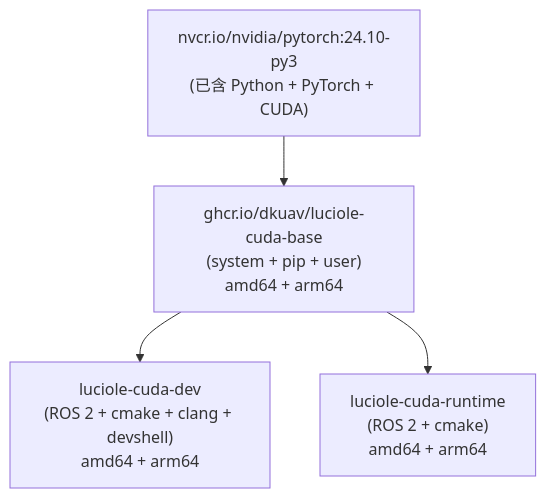
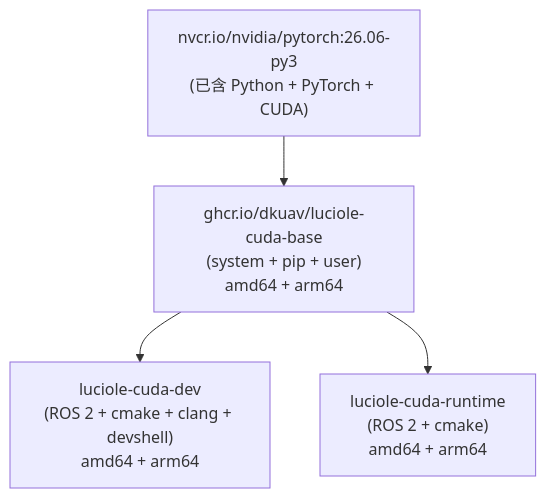
One commit to DKUAV/images changed the first of 2 diagrams in README_zh.md. Above: the diagram before and after it, drawn with Mermaid. The commit also changed other lines of this file and 27 other files, not shown here.

First line of the commit message:
Update base image to PyTorch 26.06 and add development tools (#25)

````diff
--- a/README_zh.md
+++ b/README_zh.md
@@ -11,7 +11,7 @@
 ```mermaid
 graph TD
-  C["nvcr.io/nvidia/pytorch:24.10-py3\n(已含 Python + PyTorch + CUDA)"] --> CB["ghcr.io/dkuav/luciole-cuda-base\n(system + pip + user)\namd64 + arm64"]
+  C["nvcr.io/nvidia/pytorch:26.06-py3\n(已含 Python + PyTorch + CUDA)"] --> CB["ghcr.io/dkuav/luciole-cuda-base\n(system + pip + user)\namd64 + arm64"]
 
   CB --> HCD["luciole-cuda-dev\n(ROS 2 + cmake + clang + devshell)\namd64 + arm64"]
   CB --> HCR["luciole-cuda-runtime\n(ROS 2 + cmake)\namd64 + arm64"]
 ```
````
